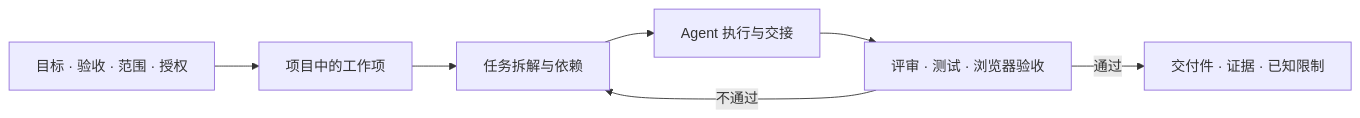
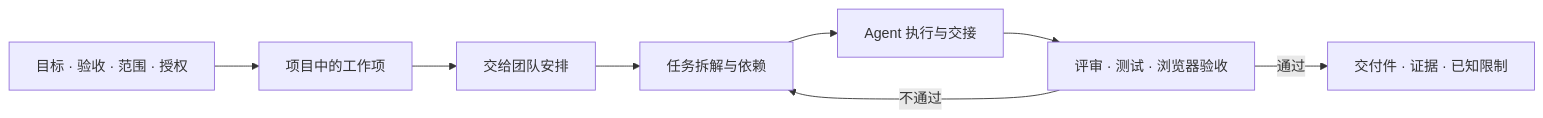
Before and after one commit to changhuaqiu/agent-task-team: the first of 2 diagrams in README.md, drawn with Mermaid. The commit also changed other lines of this file and 72 other files, not shown here.

````diff
--- a/README.md
+++ b/README.md
@@ -56,9 +56,10 @@
 ```mermaid
 flowchart LR
   A["目标 · 验收 · 范围 · 授权"] --> B["项目中的工作项"]
-  B --> C["任务拆解与依赖"]
+  B --> S["交给团队安排"]
+  S --> C["任务拆解与依赖"]
   C --> D["Agent 执行与交接"]
   D --> E["评审 · 测试 · 浏览器验收"]
   E -->|通过| F["交付件 · 证据 · 已知限制"]
   E -->|不通过| C
 ```
````
